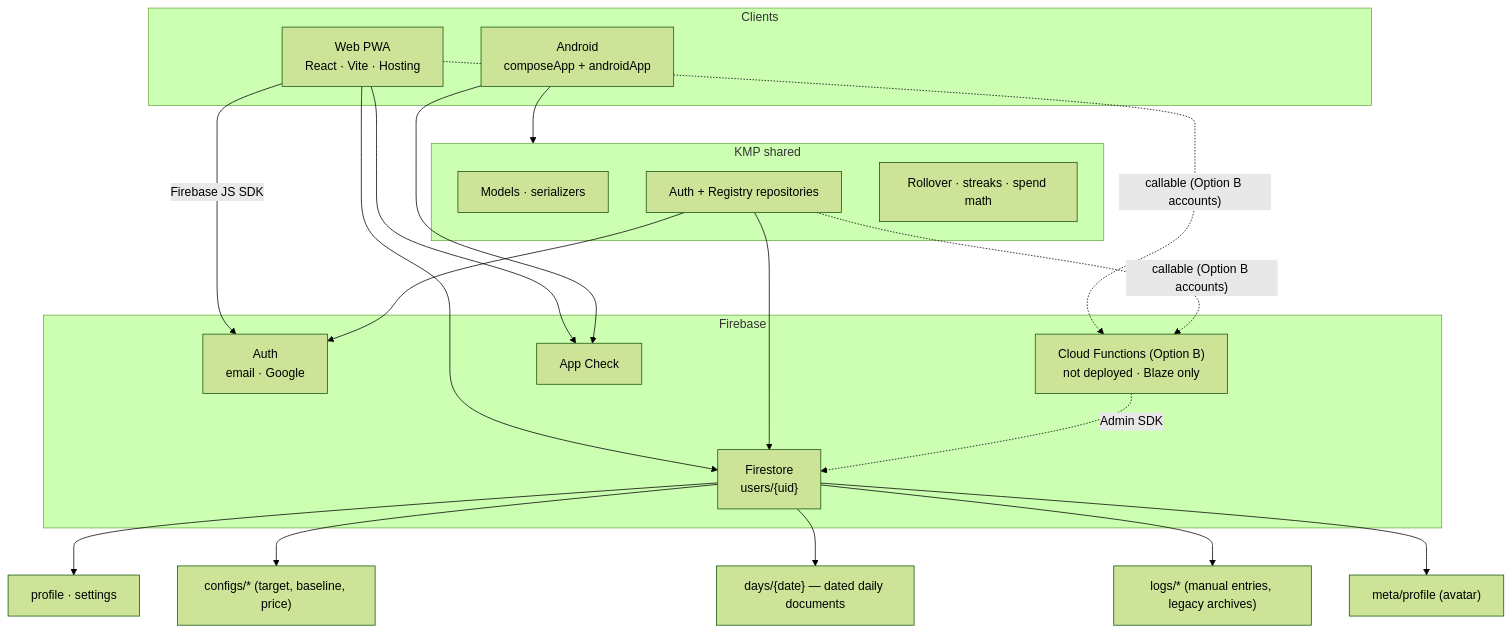
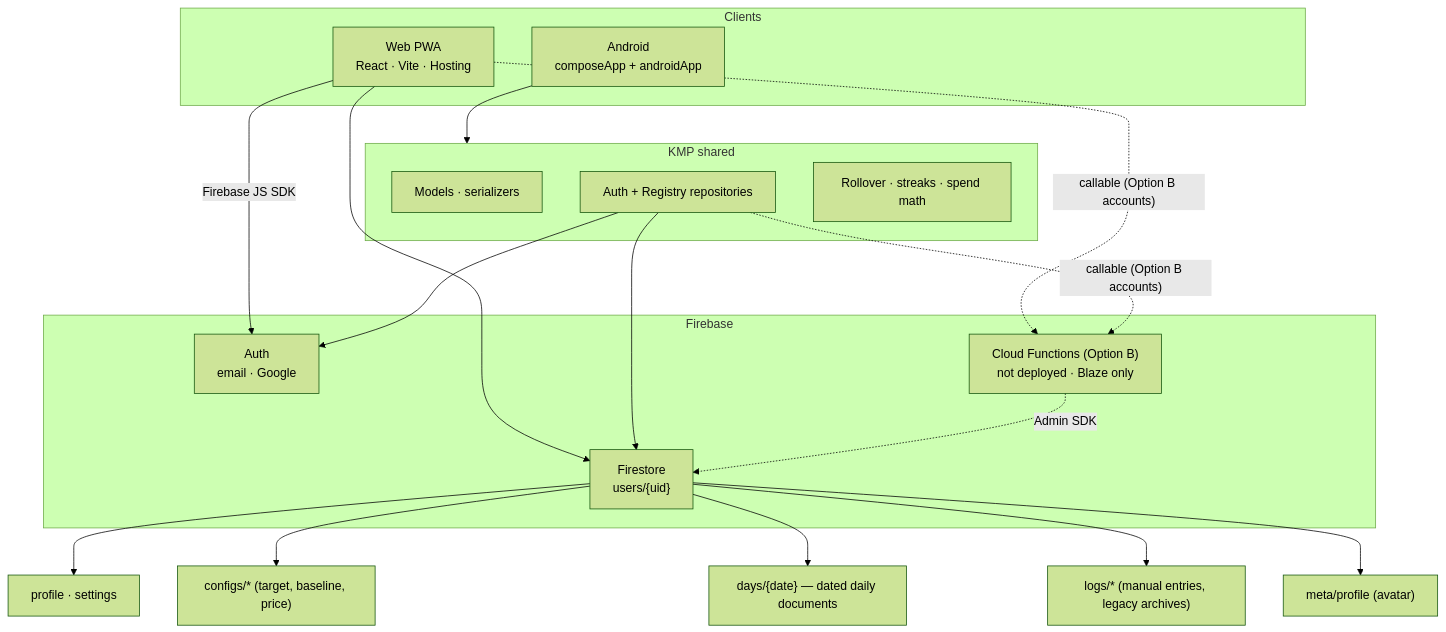
The first of 2 diagrams in README.md (shareef01/tabakpp), drawn with Mermaid (forest theme) before and after one commit. The commit also changed other lines of this file and 29 other files, not shown here.

````diff
--- a/README.md
+++ b/README.md
@@ -109,37 +109,34 @@
 ```mermaid
 flowchart TB
   subgraph clients [Clients]
     Android["Android<br/>composeApp + androidApp"]
     Web["Web PWA<br/>React · Vite · Hosting"]
   end
 
   subgraph kmp [KMP shared]
     Models["Models · serializers"]
     Repos["Auth + Registry repositories"]
     Domain["Rollover · streaks · spend math"]
   end
 
   subgraph firebase [Firebase]
     Auth["Auth<br/>email · Google"]
     FS["Firestore<br/>users/{uid}"]
     CF["Cloud Functions (Option B)<br/>not deployed · Blaze only"]
-    AC["App Check"]
   end
 
   Android --> kmp
   Web -->|"Firebase JS SDK"| Auth
   Web --> FS
-  Web --> AC
   Repos --> Auth
   Repos --> FS
-  Android --> AC
   Web -. "callable (Option B accounts)" .-> CF
   Repos -. "callable (Option B accounts)" .-> CF
   CF -. "Admin SDK" .-> FS
 
   FS --> Profile["profile · settings"]
   FS --> Configs["configs/* (target, baseline, price)"]
   FS --> Days["days/{date} — dated daily documents"]
   FS --> Logs["logs/* (manual entries, legacy archives)"]
   FS --> Meta["meta/profile (avatar)"]
 ```
````
